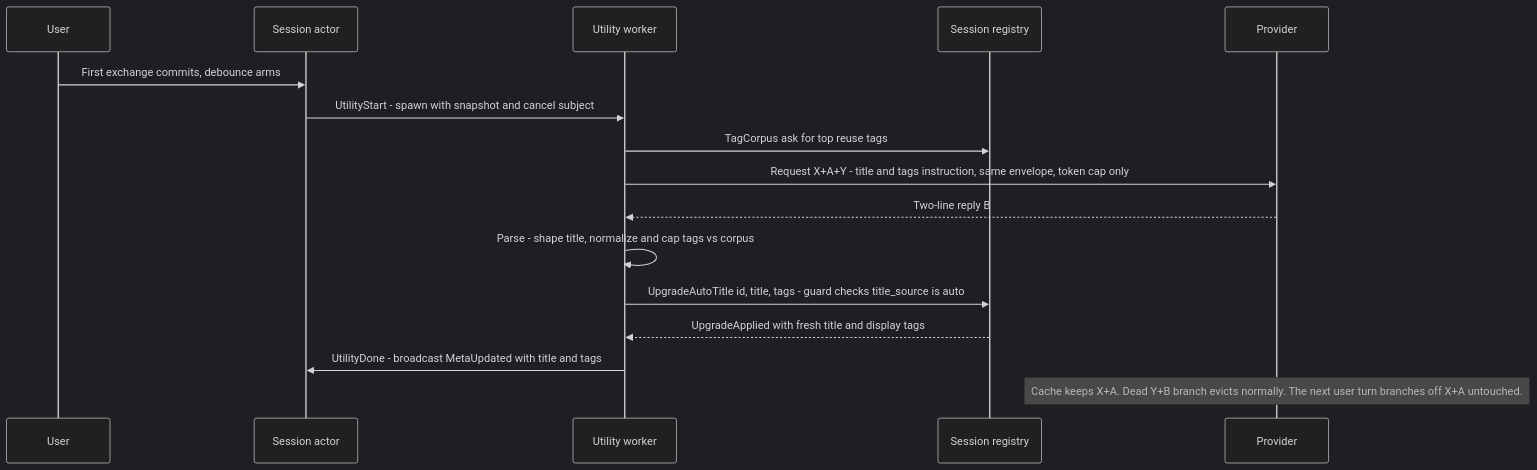
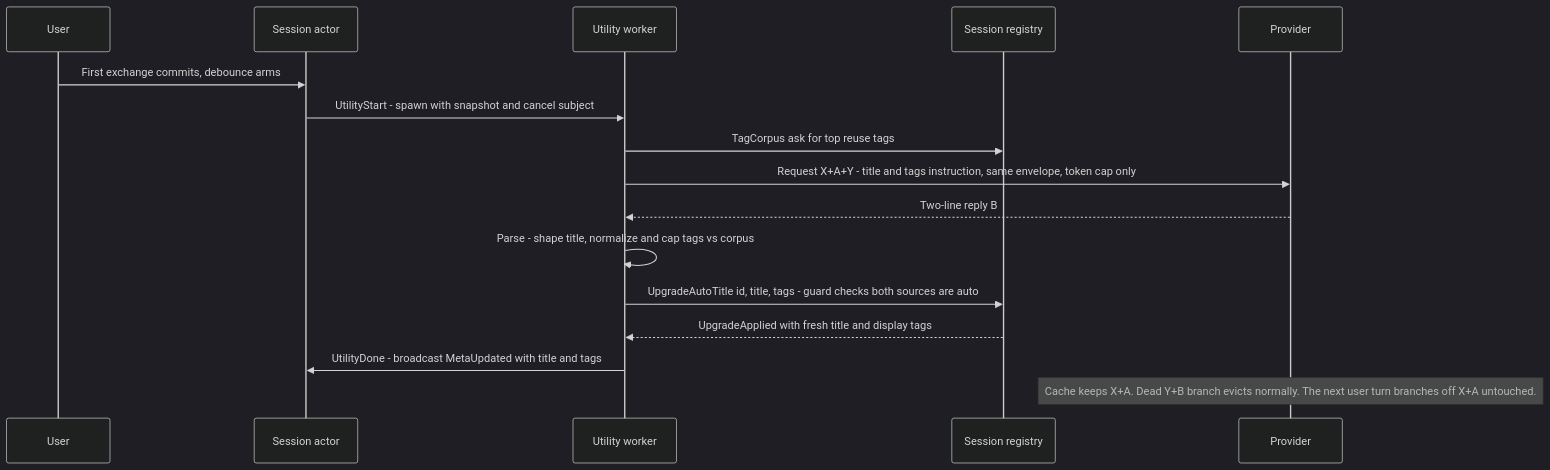
Before and after one commit to jhillyerd/nexus: the diagram in docs/plans/utility-tags.md, drawn with Mermaid (dark theme). The commit also changed other lines of this file and 1 other file, not shown here.

Commit message:
docs: address review on utility-tags design (tags_source guard, corpus bounds)

````diff
--- a/docs/plans/utility-tags.md
+++ b/docs/plans/utility-tags.md
@@ -211,18 +252,18 @@
 ```mermaid
 sequenceDiagram
   participant U as User
   participant S as Session actor
   participant W as Utility worker
   participant R as Session registry
   participant P as Provider
   U->>S: First exchange commits, debounce arms
   S->>W: UtilityStart - spawn with snapshot and cancel subject
   W->>R: TagCorpus ask for top reuse tags
   W->>P: Request X+A+Y - title and tags instruction, same envelope, token cap only
   P-->>W: Two-line reply B
   W->>W: Parse - shape title, normalize and cap tags vs corpus
-  W->>R: UpgradeAutoTitle id, title, tags - guard checks title_source is auto
+  W->>R: UpgradeAutoTitle id, title, tags - guard checks both sources are auto
   R-->>W: UpgradeApplied with fresh title and display tags
   W->>S: UtilityDone - broadcast MetaUpdated with title and tags
   Note over P: Cache keeps X+A. Dead Y+B branch evicts normally. The next user turn branches off X+A untouched.
 ```
````
